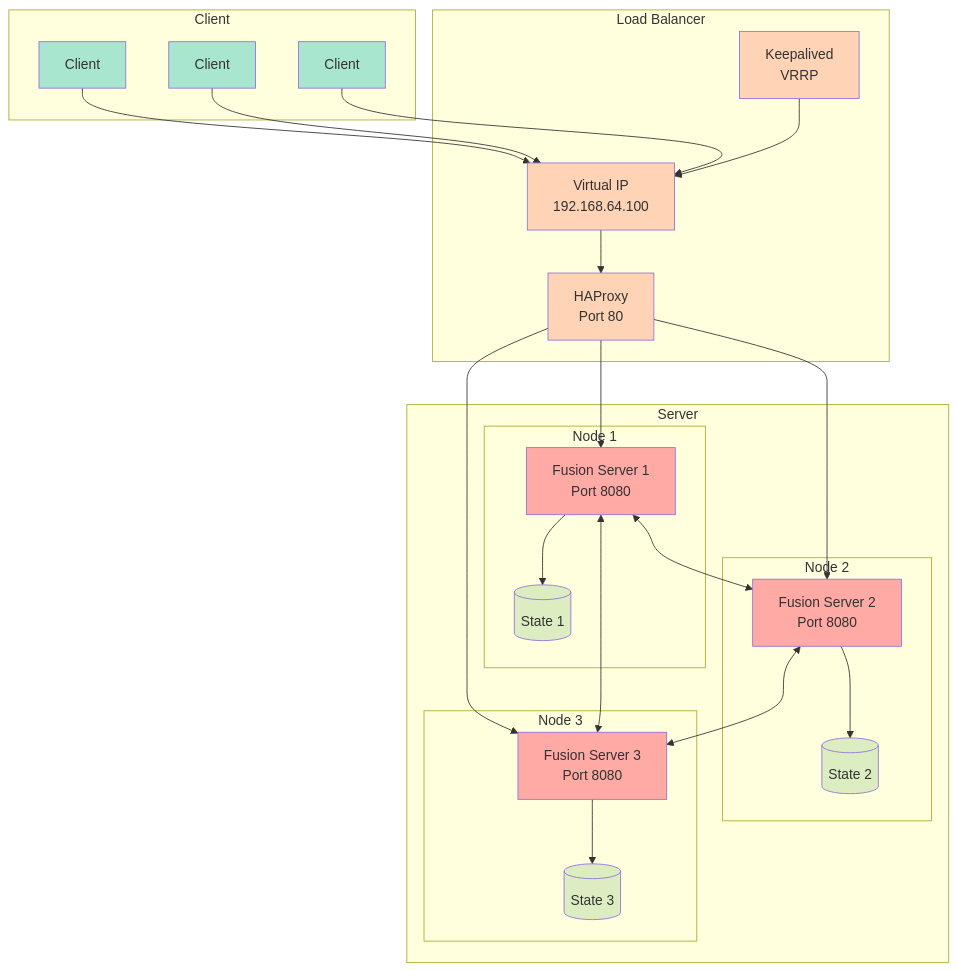
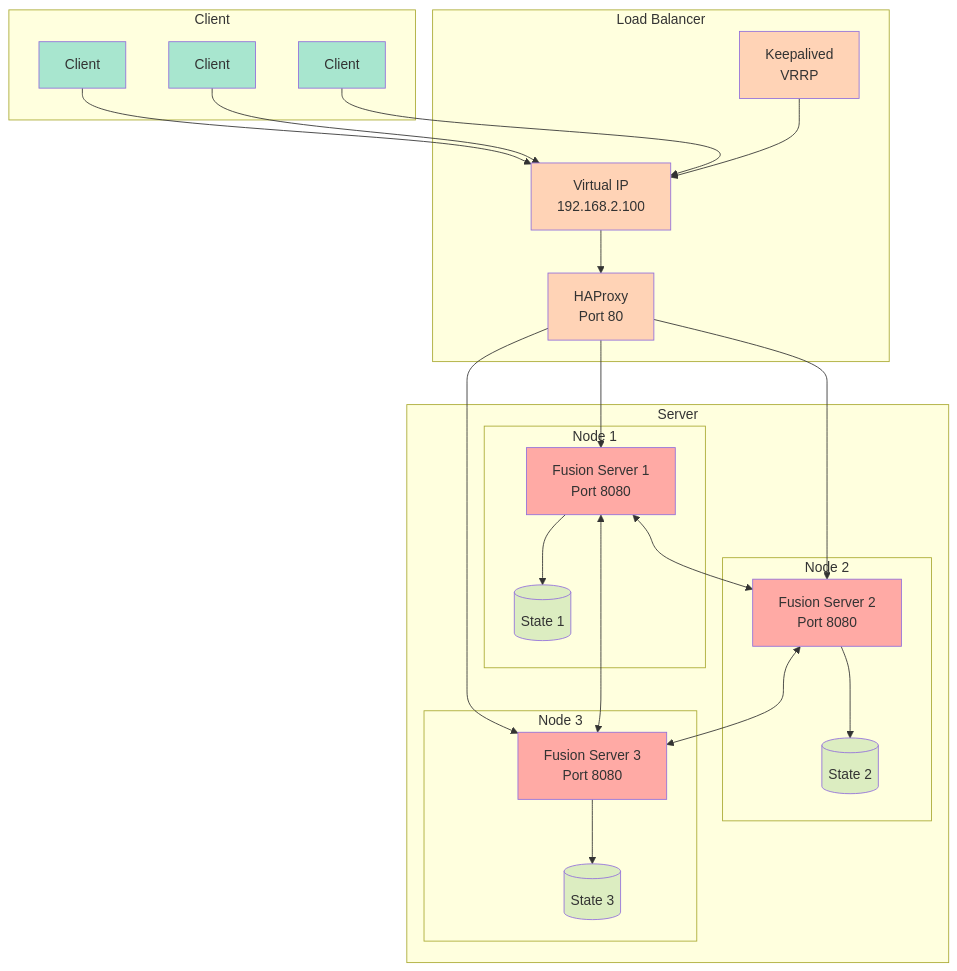
One commit to riteshsawant-Bose21/qa-tuii-integration-local changed the diagram in apps/firmware-apps/fusion-server/README.md. Above: the diagram before and after it, drawn with Mermaid. The commit also changed other lines of this file and 25 other files, not shown here.

````diff
--- a/apps/firmware-apps/fusion-server/README.md
+++ b/apps/firmware-apps/fusion-server/README.md
@@ -646,65 +669,65 @@
 ```mermaid
 graph TB
     subgraph Client
         C1[Client] 
         C2[Client]
         C3[Client]
     end
 
     subgraph Load Balancer
-        VIP[Virtual IP<br>192.168.64.100]
+        VIP[Virtual IP<br>192.168.2.100]
         HAP[HAProxy<br>Port 80]
         KA[Keepalived<br>VRRP]
     end
 
     subgraph Server
         subgraph Node 1
             F1[Fusion Server 1<br>Port 8080]
             S1[(State 1)]
         end
         
         subgraph Node 2
             F2[Fusion Server 2<br>Port 8080]
             S2[(State 2)]
         end
         
         subgraph Node 3
             F3[Fusion Server 3<br>Port 8080]
             S3[(State 3)]
         end
     end
 
     %% Client connections
     C1 --> VIP
     C2 --> VIP
     C3 --> VIP
     
     %% VIP to HAProxy
     VIP --> HAP
     KA --> VIP
     
     %% HAProxy to Fusion Servers
     HAP --> F1
     HAP --> F2
     HAP --> F3
     
     %% State connections
     F1 --> S1
     F2 --> S2
     F3 --> S3
     
     %% Gossip protocol connections
     F1 <--> F2
     F2 <--> F3
     F1 <--> F3
 
     classDef client fill:#a8e6cf
     classDef lb fill:#ffd3b6
     classDef server fill:#ffaaa5
     classDef state fill:#dcedc1
     
     class C1,C2,C3 client
     class VIP,HAP,KA lb
     class F1,F2,F3 server
     class S1,S2,S3 state
 ```
````
